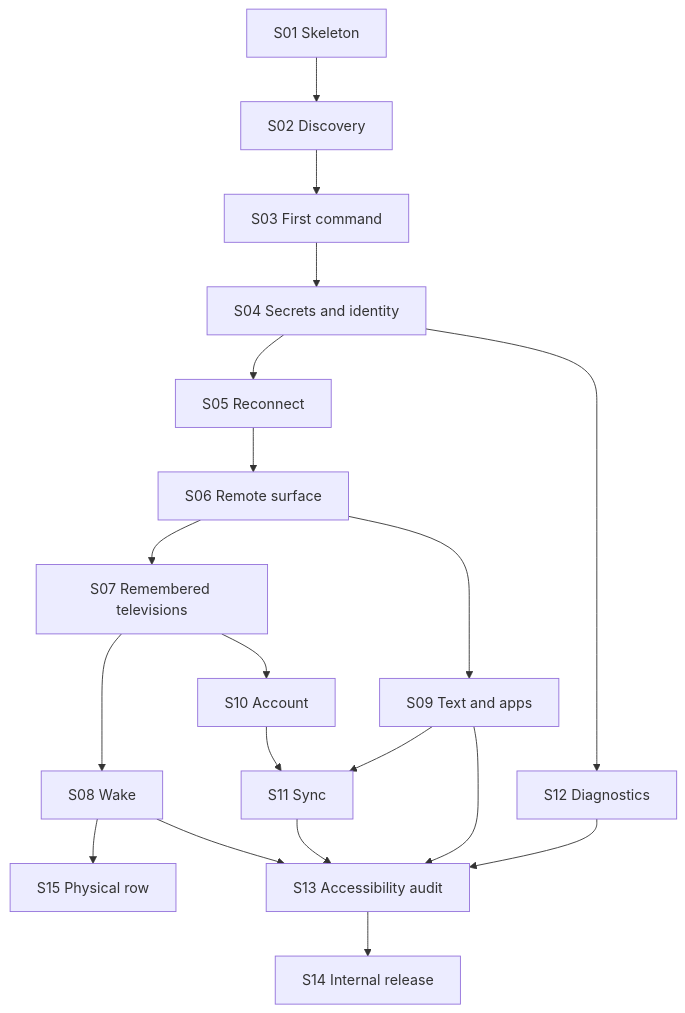
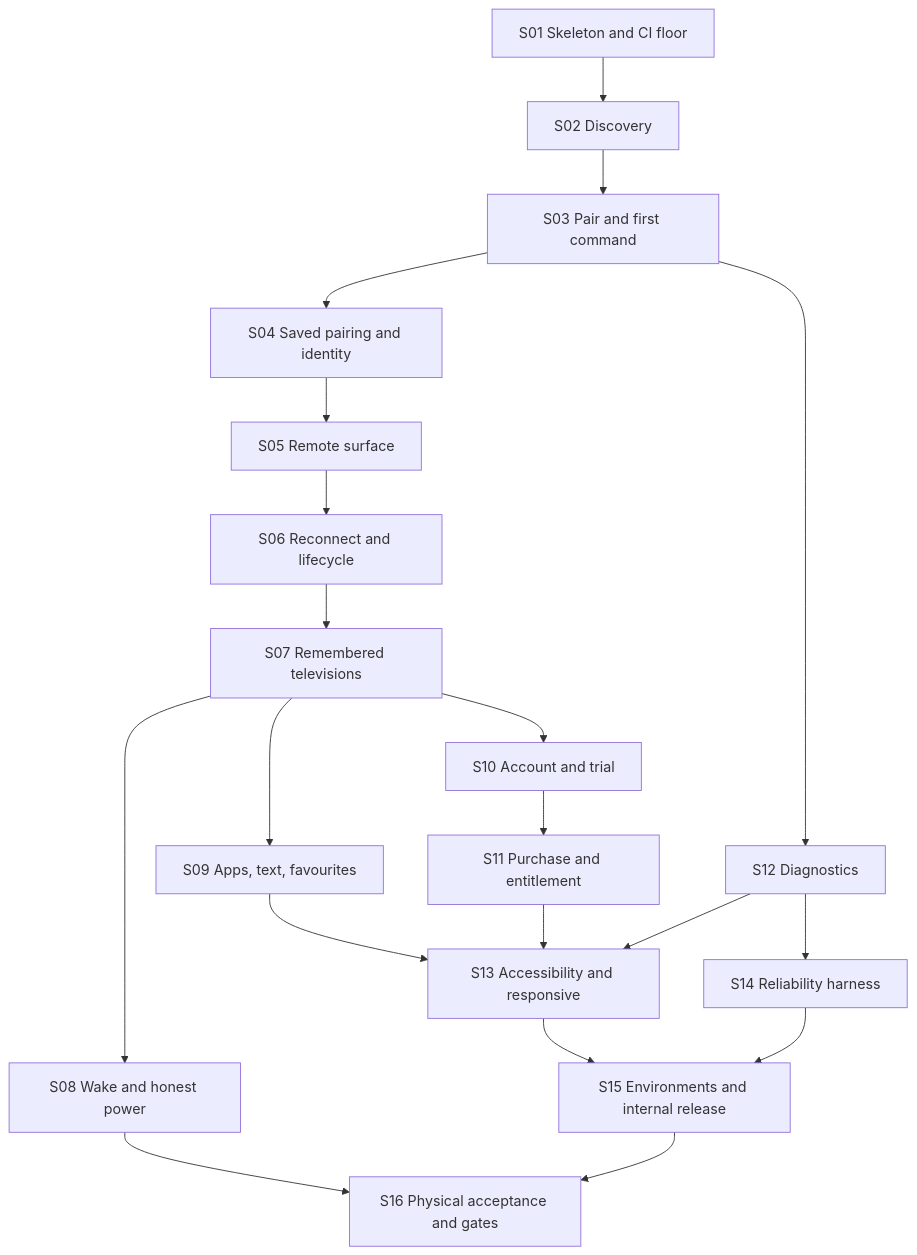
One commit to anthracite-labs/AppT changed the diagram in docs/architecture/slices.md. Above: the diagram before and after it, drawn with Mermaid. The commit also changed other lines of this file and 21 other files, not shown here.

First line of the commit message:
Complete V1 architecture closure and rebuild the implementation slice map

````diff
--- a/docs/architecture/slices.md
+++ b/docs/architecture/slices.md
@@ -19,29 +17,33 @@
 ```mermaid
 flowchart TD
-  s01[S01 Skeleton]
+  s01[S01 Skeleton and CI floor]
   s02[S02 Discovery]
-  s03[S03 First command]
-  s04[S04 Secrets and identity]
-  s05[S05 Reconnect]
-  s06[S06 Remote surface]
+  s03[S03 Pair and first command]
+  s04[S04 Saved pairing and identity]
+  s05[S05 Remote surface]
+  s06[S06 Reconnect and lifecycle]
   s07[S07 Remembered televisions]
-  s08[S08 Wake]
-  s09[S09 Text and apps]
-  s10[S10 Account]
-  s11[S11 Sync]
+  s08[S08 Wake and honest power]
+  s09[S09 Apps, text, favourites]
+  s10[S10 Account and trial]
+  s11[S11 Purchase and entitlement]
   s12[S12 Diagnostics]
-  s13[S13 Accessibility audit]
-  s14[S14 Internal release]
-  s15[S15 Physical row]
-  s01 --> s02 --> s03 --> s04 --> s05 --> s06 --> s07 --> s08
-  s06 --> s09
+  s13[S13 Accessibility and responsive]
+  s14[S14 Reliability harness]
+  s15[S15 Environments and internal release]
+  s16[S16 Physical acceptance and gates]
+
+  s01 --> s02 --> s03 --> s04 --> s05 --> s06 --> s07
+  s07 --> s08
+  s07 --> s09
   s07 --> s10 --> s11
-  s09 --> s11
-  s04 --> s12
-  s08 --> s15
-  s08 --> s13
+  s03 --> s12
   s09 --> s13
   s11 --> s13
   s12 --> s13
-  s13 --> s14
+  s12 --> s14
+  s13 --> s15
+  s14 --> s15
+  s08 --> s16
+  s15 --> s16
 ```
````
